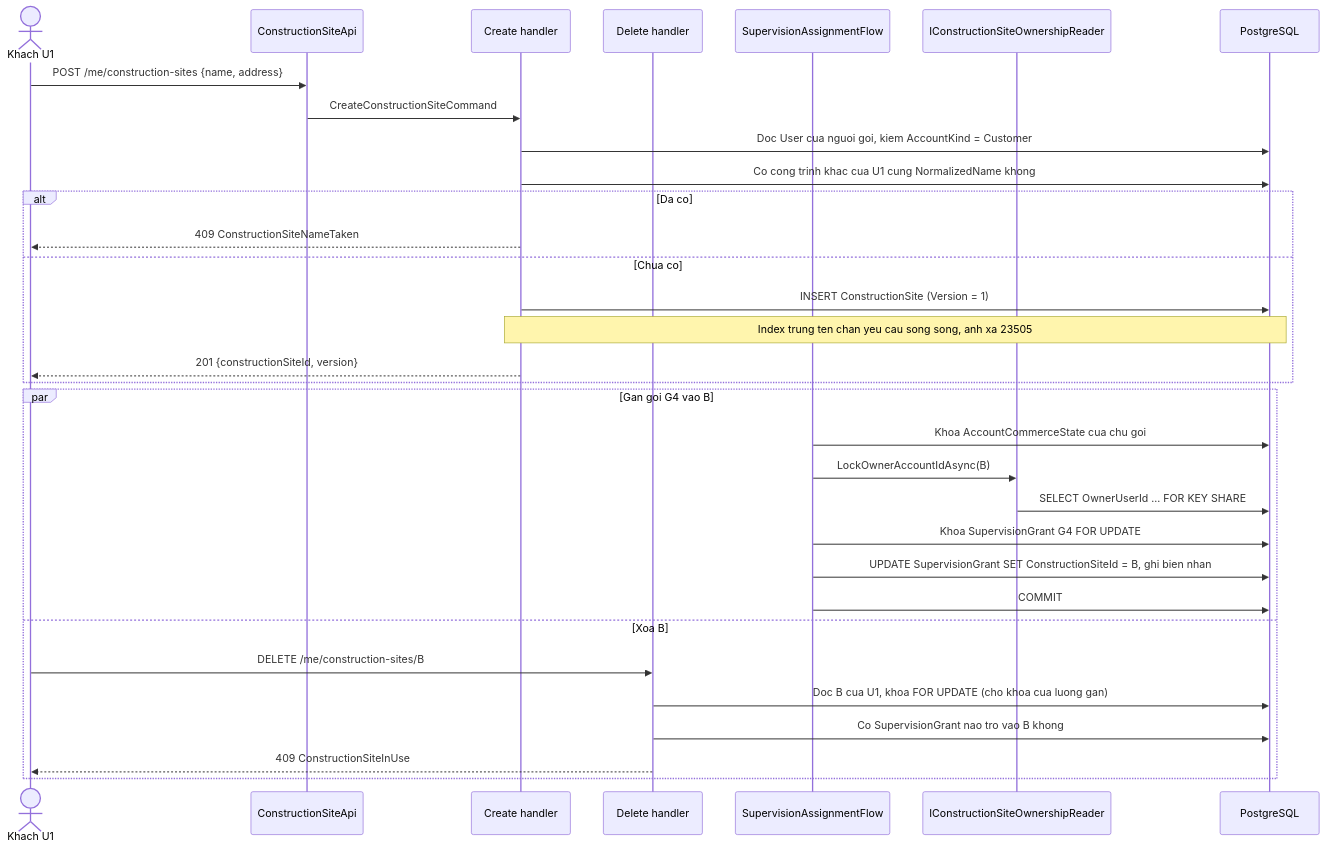
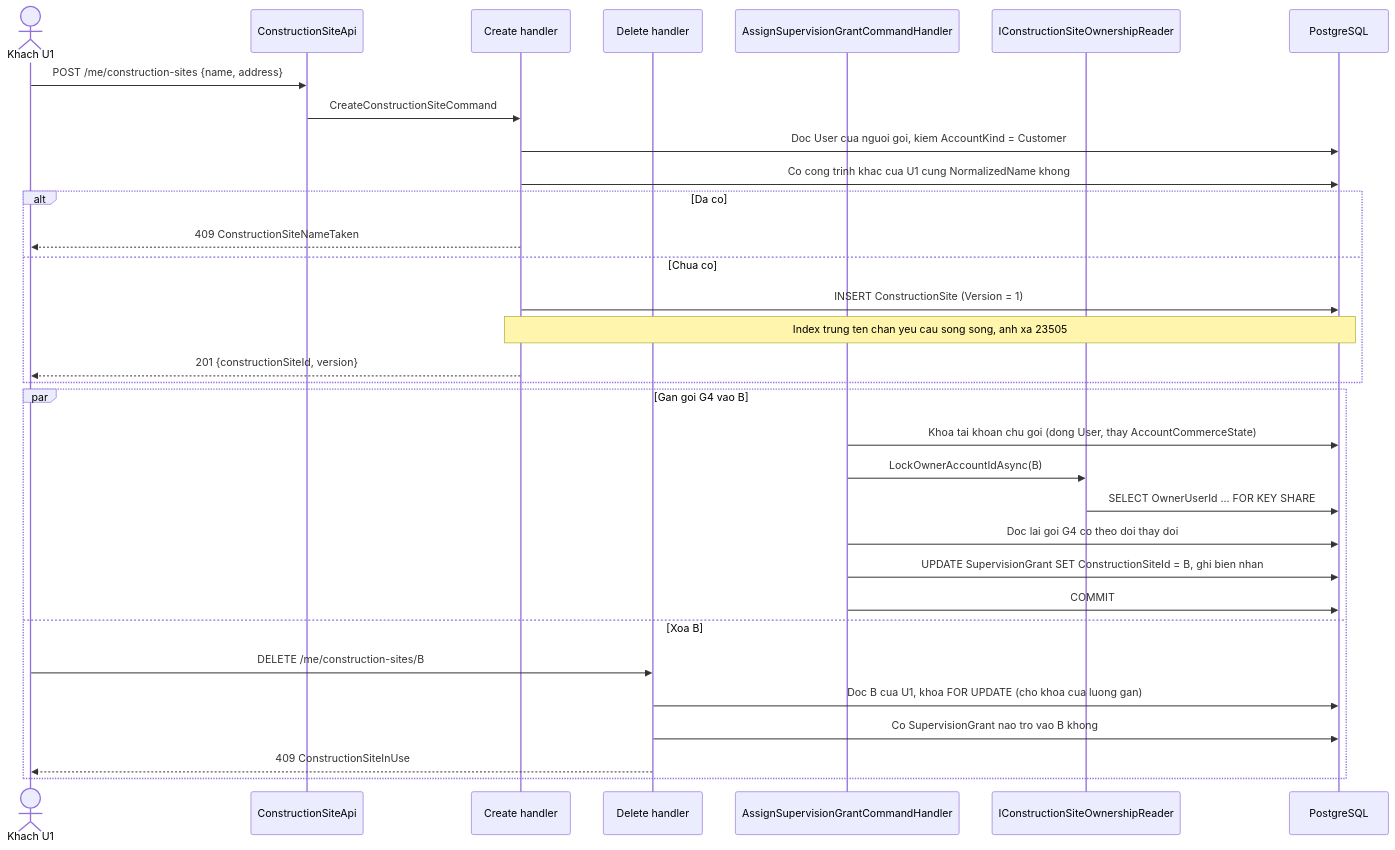
One commit to TaskCoper/bmt-documentation changed the second of 5 diagrams in tdd/TDD-SITE-001.md. Above: the diagram before and after it, drawn with Mermaid. The commit also changed other lines of this file and 12 other files, not shown here.

First line of the commit message:
docs: đồng bộ TDD, ERD và nợ kỹ thuật với code đã triển khai

````diff
--- a/tdd/TDD-SITE-001.md
+++ b/tdd/TDD-SITE-001.md
@@ -268,36 +305,36 @@
 ```mermaid
 sequenceDiagram
     actor KH as Khach U1
     participant API as ConstructionSiteApi
     participant CH as Create handler
     participant DH as Delete handler
-    participant GA as SupervisionAssignmentFlow
+    participant GA as AssignSupervisionGrantCommandHandler
     participant OR as IConstructionSiteOwnershipReader
     participant PG as PostgreSQL
 
     KH->>API: POST /me/construction-sites {name, address}
     API->>CH: CreateConstructionSiteCommand
     CH->>PG: Doc User cua nguoi goi, kiem AccountKind = Customer
     CH->>PG: Co cong trinh khac cua U1 cung NormalizedName khong
     alt Da co
         CH-->>KH: 409 ConstructionSiteNameTaken
     else Chua co
         CH->>PG: INSERT ConstructionSite (Version = 1)
         Note over CH,PG: Index trung ten chan yeu cau song song, anh xa 23505
         CH-->>KH: 201 {constructionSiteId, version}
     end
 
     par Gan goi G4 vao B
-        GA->>PG: Khoa AccountCommerceState cua chu goi
+        GA->>PG: Khoa tai khoan chu goi (dong User, thay AccountCommerceState)
         GA->>OR: LockOwnerAccountIdAsync(B)
         OR->>PG: SELECT OwnerUserId ... FOR KEY SHARE
-        GA->>PG: Khoa SupervisionGrant G4 FOR UPDATE
+        GA->>PG: Doc lai goi G4 co theo doi thay doi
         GA->>PG: UPDATE SupervisionGrant SET ConstructionSiteId = B, ghi bien nhan
         GA->>PG: COMMIT
     and Xoa B
         KH->>DH: DELETE /me/construction-sites/B
         DH->>PG: Doc B cua U1, khoa FOR UPDATE (cho khoa cua luong gan)
         DH->>PG: Co SupervisionGrant nao tro vao B khong
         DH-->>KH: 409 ConstructionSiteInUse
     end
 ```
````
